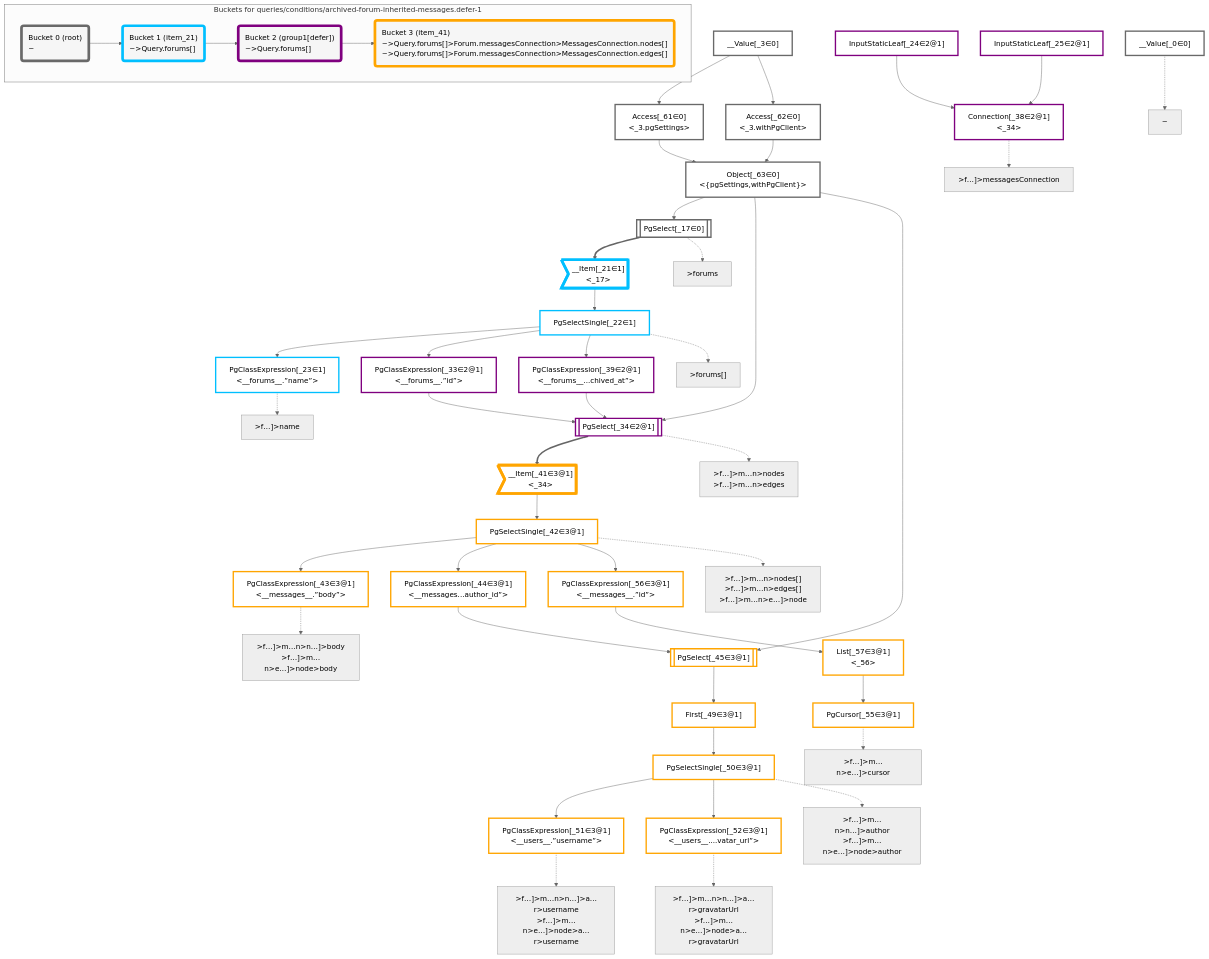
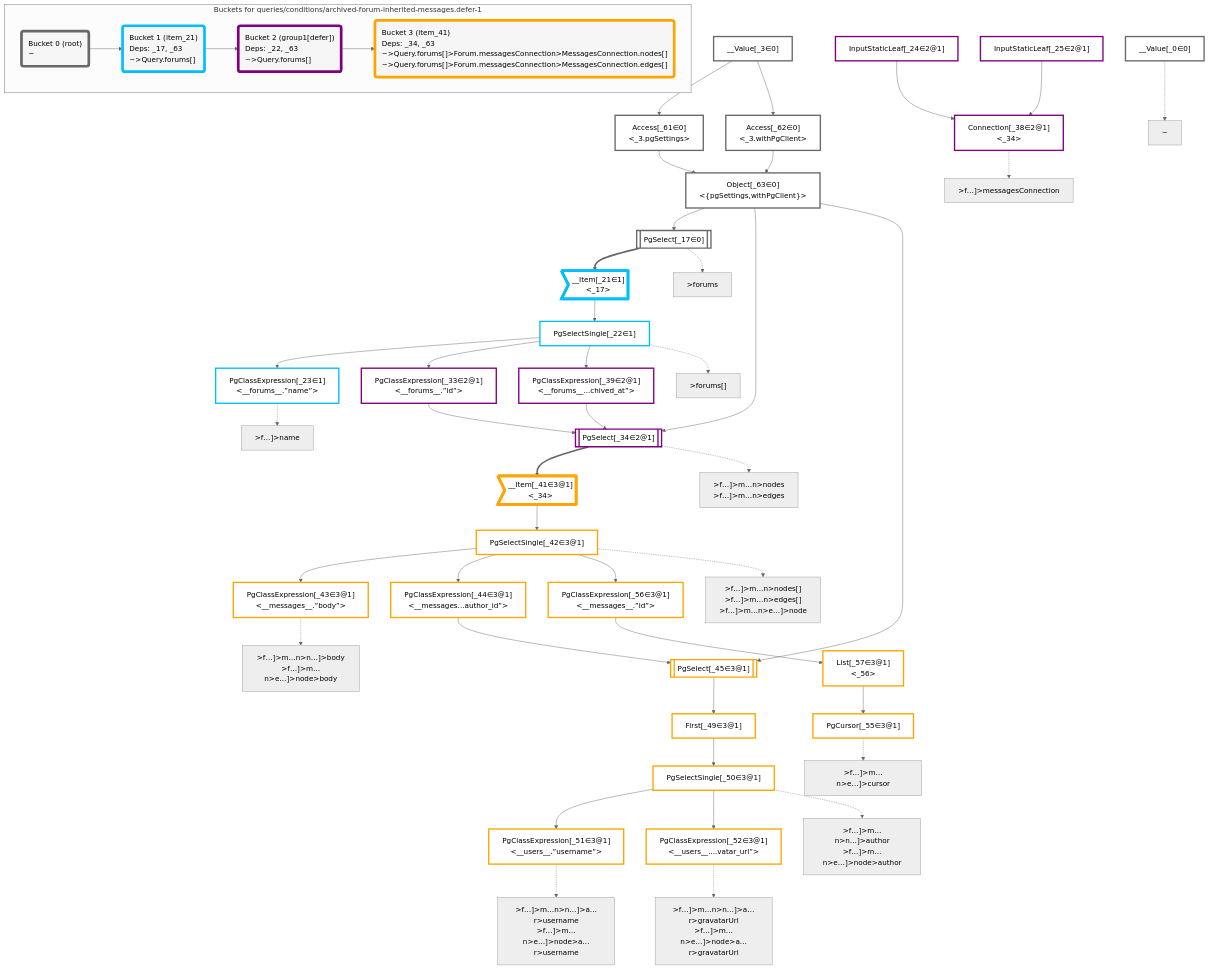
One commit to graphile/crystal changed the diagram in packages/dataplan-pg/__tests__/queries/conditions/archived-forum-inherited-messages.defer-1.deopt.mermaid.md. Above: the diagram before and after it, drawn with Mermaid (neutral theme). The commit also changed 157 other files, not shown here.

Commit message:
Add deps to all query snapshots

```diff
--- a/packages/dataplan-pg/__tests__/queries/conditions/archived-forum-inherited-messages.defer-1.deopt.mermaid.md
+++ b/packages/dataplan-pg/__tests__/queries/conditions/archived-forum-inherited-messages.defer-1.deopt.mermaid.md
@@ -105,13 +105,13 @@
     subgraph "Buckets for queries/conditions/archived-forum-inherited-messages.defer-1"
     Bucket0("Bucket 0 (root)<br />~"):::bucket
     style Bucket0 stroke:#696969
-    Bucket1("Bucket 1 (item_21)<br />~>Query.forums[]"):::bucket
+    Bucket1("Bucket 1 (item_21)<br />Deps: _17, _63<br />~>Query.forums[]"):::bucket
     style Bucket1 stroke:#00bfff
     Bucket0 --> Bucket1
-    Bucket2("Bucket 2 (group1[defer])<br />~>Query.forums[]"):::bucket
+    Bucket2("Bucket 2 (group1[defer])<br />Deps: _22, _63<br />~>Query.forums[]"):::bucket
     style Bucket2 stroke:#7f007f
     Bucket1 --> Bucket2
-    Bucket3("Bucket 3 (item_41)<br />~>Query.forums[]>Forum.messagesConnection>MessagesConnection.nodes[]<br />~>Query.forums[]>Forum.messagesConnection>MessagesConnection.edges[]"):::bucket
+    Bucket3("Bucket 3 (item_41)<br />Deps: _34, _63<br />~>Query.forums[]>Forum.messagesConnection>MessagesConnection.nodes[]<br />~>Query.forums[]>Forum.messagesConnection>MessagesConnection.edges[]"):::bucket
     style Bucket3 stroke:#ffa500
     Bucket2 --> Bucket3
     end
```
